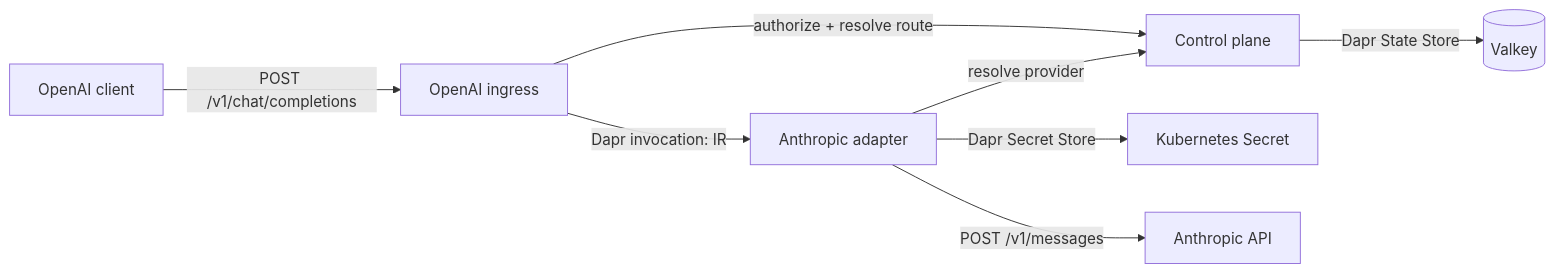
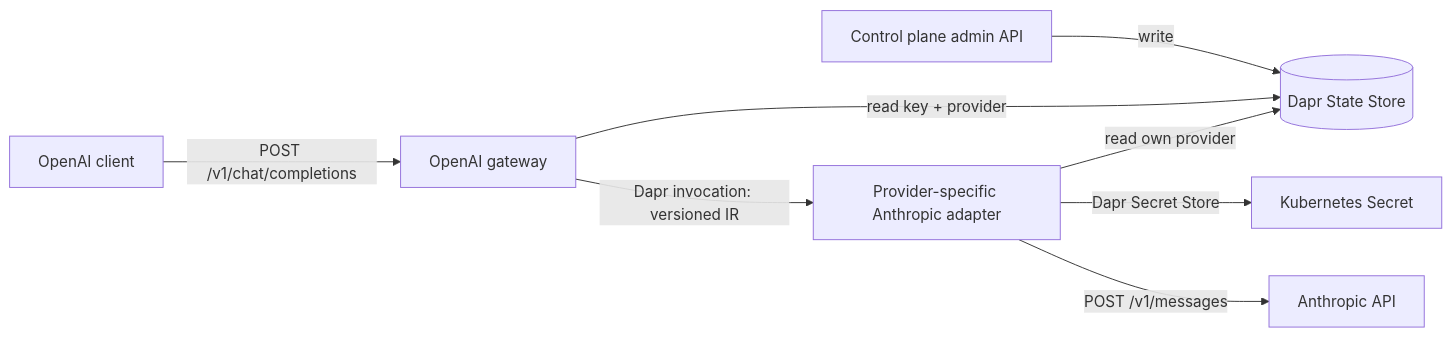
Before and after one commit to Albe83/gwai: the diagram in README.md, drawn with Mermaid. The commit also changed other lines of this file and 49 other files, not shown here.

First line of the commit message:
refactor(data-plane)!: decouple gateway and provider adapters (#4)

````diff
--- a/README.md
+++ b/README.md
@@ -32,10 +35,10 @@
 ```mermaid
 flowchart LR
-    Client[OpenAI client] -->|POST /v1/chat/completions| Ingress[OpenAI ingress]
-    Ingress -->|authorize + resolve route| CP[Control plane]
-    Ingress -->|Dapr invocation: IR| Anthropic[Anthropic adapter]
-    Anthropic -->|resolve provider| CP
-    Anthropic -->|Dapr Secret Store| Secrets[Kubernetes Secret]
-    Anthropic -->|POST /v1/messages| Provider[Anthropic API]
-    CP -->|Dapr State Store| Valkey[(Valkey)]
+    Client[OpenAI client] -->|POST /v1/chat/completions| Gateway[OpenAI gateway]
+    CP[Control plane admin API] -->|write| State[(Dapr State Store)]
+    Gateway -->|read key + provider| State
+    Gateway -->|Dapr invocation: versioned IR| Adapter[Provider-specific Anthropic adapter]
+    Adapter -->|read own provider| State
+    Adapter -->|Dapr Secret Store| Secrets[Kubernetes Secret]
+    Adapter -->|POST /v1/messages| Provider[Anthropic API]
 ```
````
